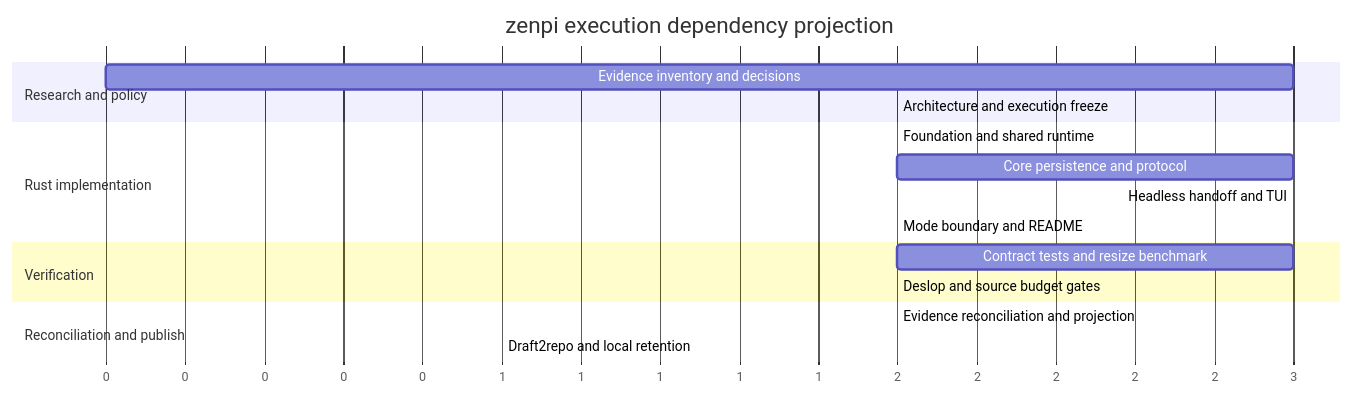
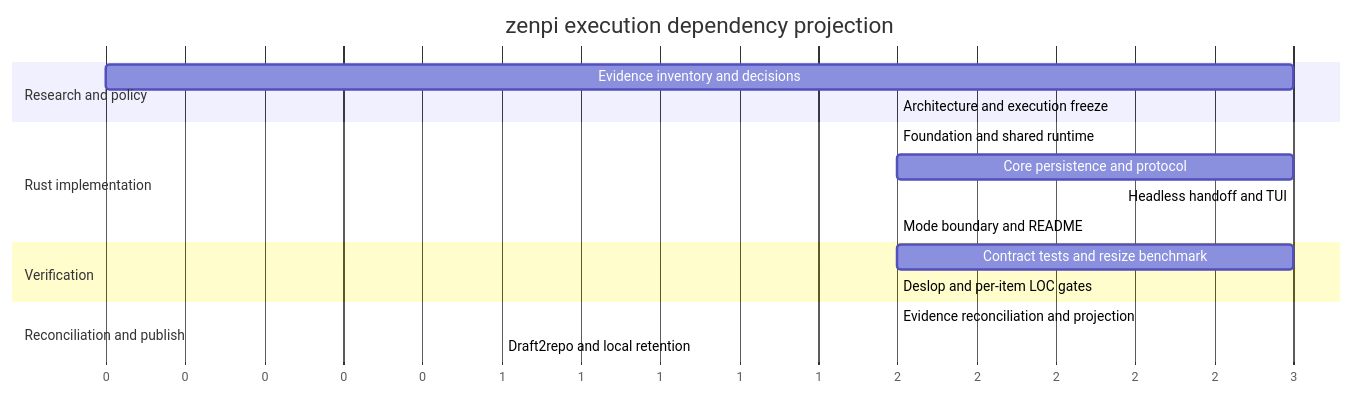
The diagram in Docs/Zenpi_Execution_Gantt.md (weiyangzen/zenpi), drawn with Mermaid before and after one commit. The commit also changed other lines of this file and 11 other files, not shown here.

Commit message:
docs: enforce per-item LOC estimates

````diff
--- a/Docs/Zenpi_Execution_Gantt.md
+++ b/Docs/Zenpi_Execution_Gantt.md
@@ -27,20 +27,20 @@
 ```mermaid
 gantt
     title zenpi execution dependency projection
     dateFormat  X
     axisFormat  %s
     section Research and policy
     Evidence inventory and decisions :r0, 0, 3
     Architecture and execution freeze :r1, after r0, 2
     section Rust implementation
     Foundation and shared runtime :i1, after r1, 2
     Core persistence and protocol :i2, after i1, 3
     Headless handoff and TUI :i3, after i2, 3
     Mode boundary and README :i4, after i3, 2
     section Verification
     Contract tests and resize benchmark :v1, after i4, 3
-    Deslop and source budget gates :v2, after v1, 2
+    Deslop and per-item LOC gates :v2, after v1, 2
     section Reconciliation and publish
     Evidence reconciliation and projection :r2, after v2, 2
     Draft2repo and local retention :p1, after r2, 1
 ```
````
